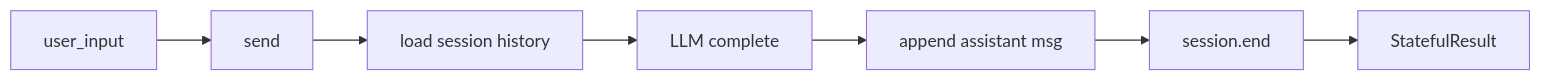
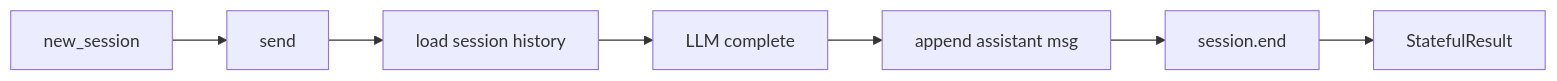
Before and after one commit to PL-play/power-loop: the diagram in docs/en/getting-started.md, drawn with Mermaid. The commit also changed other lines of this file and 58 other files, not shown here.

````diff
--- a/docs/en/getting-started.md
+++ b/docs/en/getting-started.md
@@ -71,9 +72,9 @@
 ```mermaid
 flowchart LR
-    A[user_input] --> B[send]
+    A[new_session] --> B[send]
     B --> C[load session history]
     C --> D[LLM complete]
     D --> E[append assistant msg]
     E --> F[session.end]
     F --> G[StatefulResult]
 ```
````
